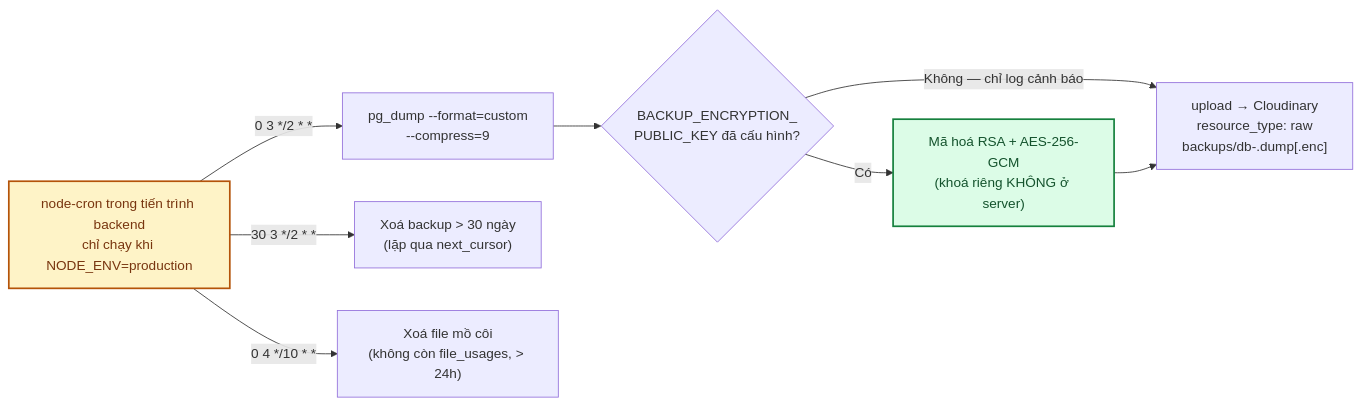
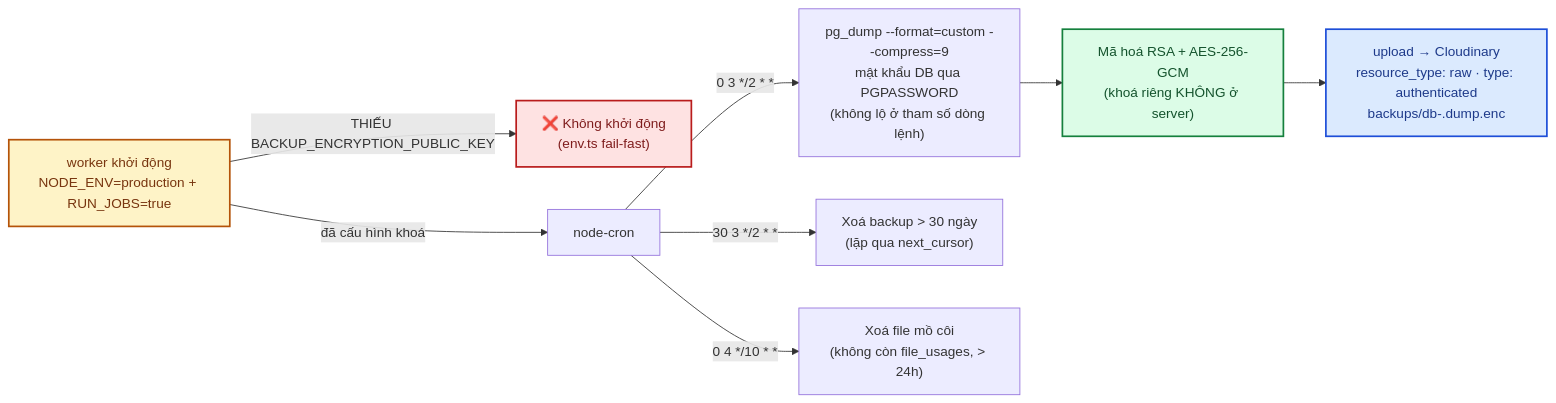
The fourth of 4 diagrams in docs/10-trien-khai-van-hanh.md (Hungvu0712/FLOWER), drawn with Mermaid before and after one commit. The commit also changed other lines of this file and 9 other files, not shown here.

First line of the commit message:
Fix backup database security gaps: fail-fast key, authenticated upload, PGPASSWORD (SEC-04)

````diff
--- a/docs/10-trien-khai-van-hanh.md
+++ b/docs/10-trien-khai-van-hanh.md
@@ -541,13 +541,15 @@
 ```mermaid
 flowchart LR
-    CRON["node-cron trong tiến trình backend<br/>chỉ chạy khi NODE_ENV=production"] -->|"0 3 */2 * *"| DUMP["pg_dump --format=custom<br/>--compress=9"]
-    DUMP --> ENC{"BACKUP_ENCRYPTION_<br/>PUBLIC_KEY đã cấu hình?"}
-    ENC -->|Có| CRYPT["Mã hoá RSA + AES-256-GCM<br/>(khoá riêng KHÔNG ở server)"]
-    ENC -->|Không — chỉ log cảnh báo| UP
-    CRYPT --> UP["upload → Cloudinary<br/>resource_type: raw<br/>backups/db-<timestamp>.dump[.enc]"]
+    START["worker khởi động<br/>NODE_ENV=production + RUN_JOBS=true"] -->|"THIẾU BACKUP_ENCRYPTION_PUBLIC_KEY"| FAIL["❌ Không khởi động<br/>(env.ts fail-fast)"]
+    START -->|"đã cấu hình khoá"| CRON["node-cron"]
+    CRON -->|"0 3 */2 * *"| DUMP["pg_dump --format=custom --compress=9<br/>mật khẩu DB qua PGPASSWORD<br/>(không lộ ở tham số dòng lệnh)"]
+    DUMP --> CRYPT["Mã hoá RSA + AES-256-GCM<br/>(khoá riêng KHÔNG ở server)"]
+    CRYPT --> UP["upload → Cloudinary<br/>resource_type: raw · type: authenticated<br/>backups/db-<timestamp>.dump.enc"]
     CRON -->|"30 3 */2 * *"| CLEAN["Xoá backup > 30 ngày<br/>(lặp qua next_cursor)"]
     CRON -->|"0 4 */10 * *"| ORPHAN["Xoá file mồ côi<br/>(không còn file_usages, > 24h)"]
 
-    style CRON fill:#fef3c7,stroke:#b45309,stroke-width:2px,color:#78350f
+    style START fill:#fef3c7,stroke:#b45309,stroke-width:2px,color:#78350f
+    style FAIL fill:#fee2e2,stroke:#b91c1c,stroke-width:2px,color:#7f1d1d
     style CRYPT fill:#dcfce7,stroke:#15803d,stroke-width:2px,color:#14532d
+    style UP fill:#dbeafe,stroke:#1d4ed8,stroke-width:2px,color:#1e3a8a
 ```
````
